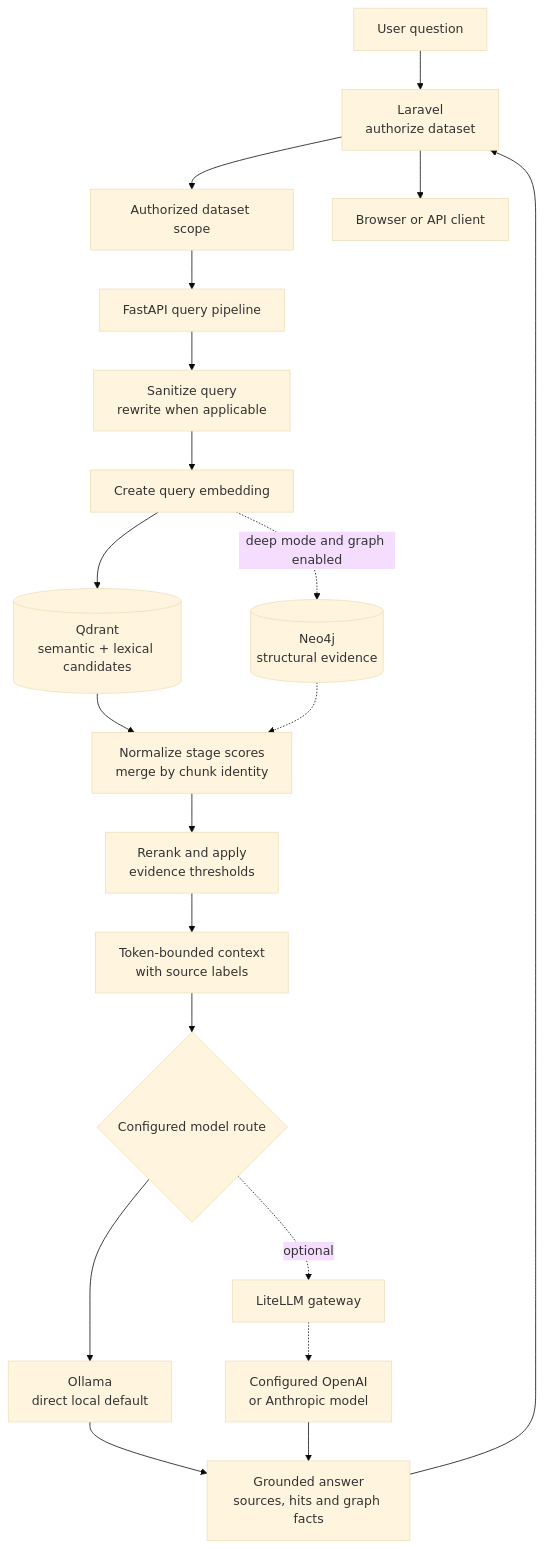
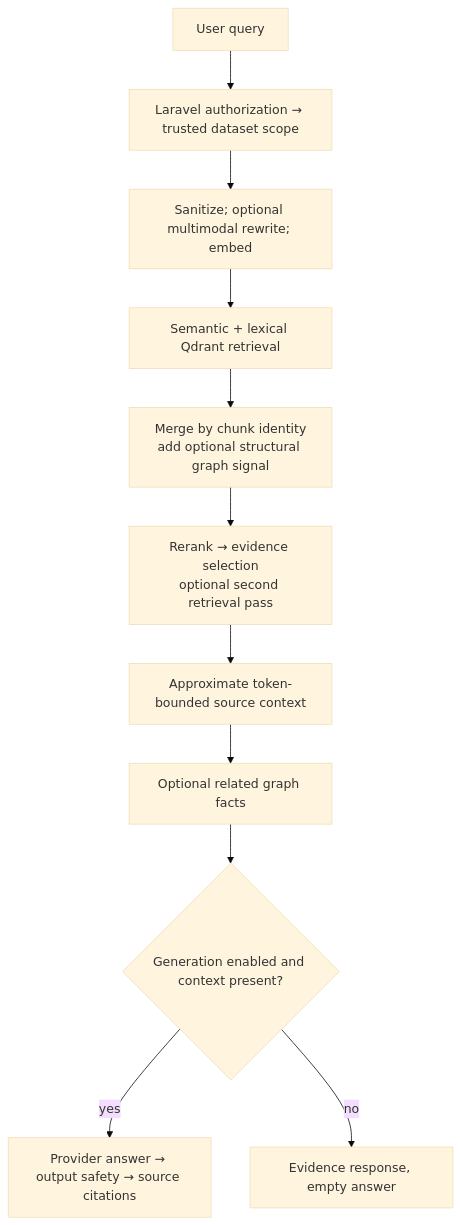
The third of 3 diagrams in _documentation/Getting Started/3_introduction_architecture.md (hawk-digital-environments/HAWKI-RAG), drawn with Mermaid (base theme) before and after one commit. The commit also changed other lines of this file and 35 other files, not shown here.

````diff
--- a/_documentation/Getting Started/3_introduction_architecture.md
+++ b/_documentation/Getting Started/3_introduction_architecture.md
@@ -209,26 +111,13 @@
 ```mermaid
 flowchart TB
-    Question["User question"] --> Laravel["Laravel<br/>authorize dataset"]
-    Laravel --> Scope["Authorized dataset scope"]
-    Scope --> Bridge["FastAPI query pipeline"]
-
-    Bridge --> Prepare["Sanitize query<br/>rewrite when applicable"]
-    Prepare --> Search["Create query embedding"]
-    Search --> Qdrant[("Qdrant<br/>semantic + lexical candidates")]
-    Search -. "deep mode and graph enabled" .-> Neo4j[("Neo4j<br/>structural evidence")]
-
-    Qdrant --> Merge["Normalize stage scores<br/>merge by chunk identity"]
-    Neo4j -.-> Merge
-    Merge --> Rerank["Rerank and apply<br/>evidence thresholds"]
-    Rerank --> Context["Token-bounded context<br/>with source labels"]
-
-    Context --> Provider{"Configured model route"}
-    Provider --> Ollama["Ollama<br/>direct local default"]
-    Provider -. "optional" .-> LiteLLM["LiteLLM gateway"]
-    LiteLLM -.-> Cloud["Configured OpenAI<br/>or Anthropic model"]
-
-    Ollama --> Result["Grounded answer<br/>sources, hits and graph facts"]
-    Cloud --> Result
-    Result --> Laravel
-    Laravel --> UI["Browser or API client"]
+    Query["User query"] --> Auth["Laravel authorization → trusted dataset scope"]
+    Auth --> Prepare["Sanitize; optional multimodal rewrite; embed"]
+    Prepare --> Vector["Semantic + lexical Qdrant retrieval"]
+    Vector --> Fusion["Merge by chunk identity<br/>add optional structural graph signal"]
+    Fusion --> Ranking["Rerank → evidence selection<br/>optional second retrieval pass"]
+    Ranking --> Context["Approximate token-bounded source context"]
+    Context --> Facts["Optional related graph facts"]
+    Facts --> Generate{"Generation enabled and context present?"}
+    Generate -->|"yes"| Answer["Provider answer → output safety → source citations"]
+    Generate -->|"no"| Evidence["Evidence response, empty answer"]
 ```
````
